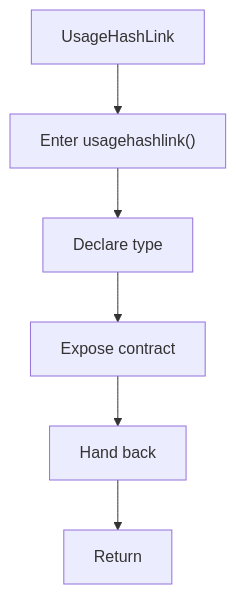
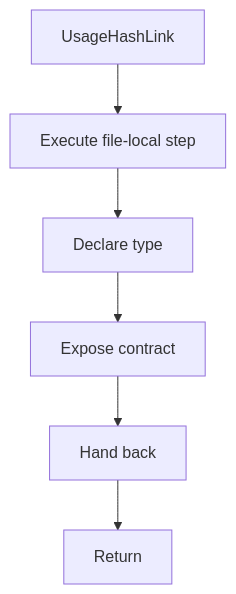
Before and after one commit to JohnAndrewBalbarosa/NeoTerritory: the diagram in docs/Codebase/Microservice/Modules/Header/SyntacticBrokenAST/HashingMechanism/HashLinks/Flow/functions/usagehashlink.hpp.md, drawn with Mermaid. The commit also changed other lines of this file and 915 other files, not shown here.

````diff
--- a/docs/Codebase/Microservice/Modules/Header/SyntacticBrokenAST/HashingMechanism/HashLinks/Flow/functions/usagehashlink.hpp.md
+++ b/docs/Codebase/Microservice/Modules/Header/SyntacticBrokenAST/HashingMechanism/HashLinks/Flow/functions/usagehashlink.hpp.md
@@ -16,14 +16,14 @@
 ```mermaid
 flowchart TD
     Start["UsageHashLink"]
-    N0["Enter usagehashlink()"]
+    N0["Execute file-local step"]
     N1["Declare type"]
     N2["Expose contract"]
     N3["Hand back"]
     End["Return"]
     Start --> N0
     N0 --> N1
     N1 --> N2
     N2 --> N3
     N3 --> End
 ```
````
